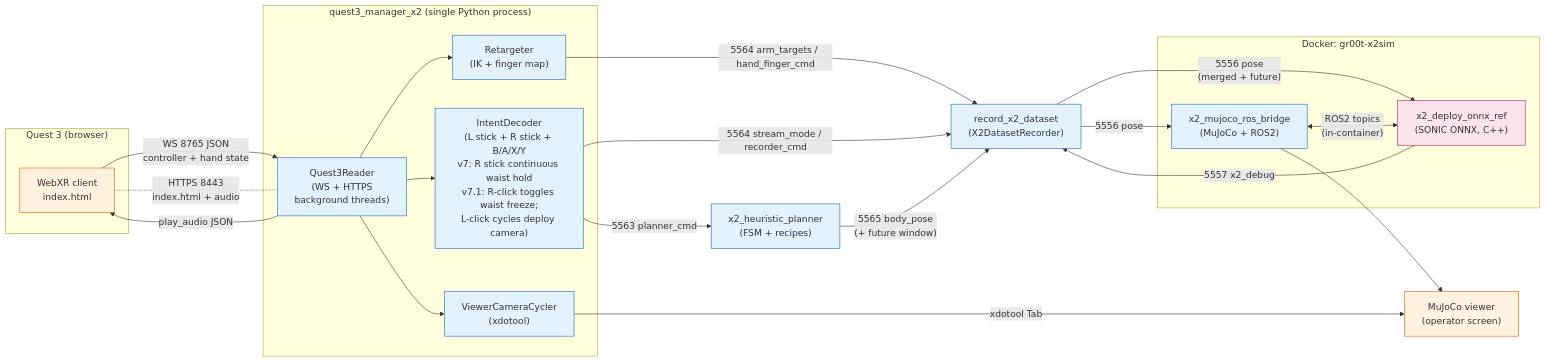
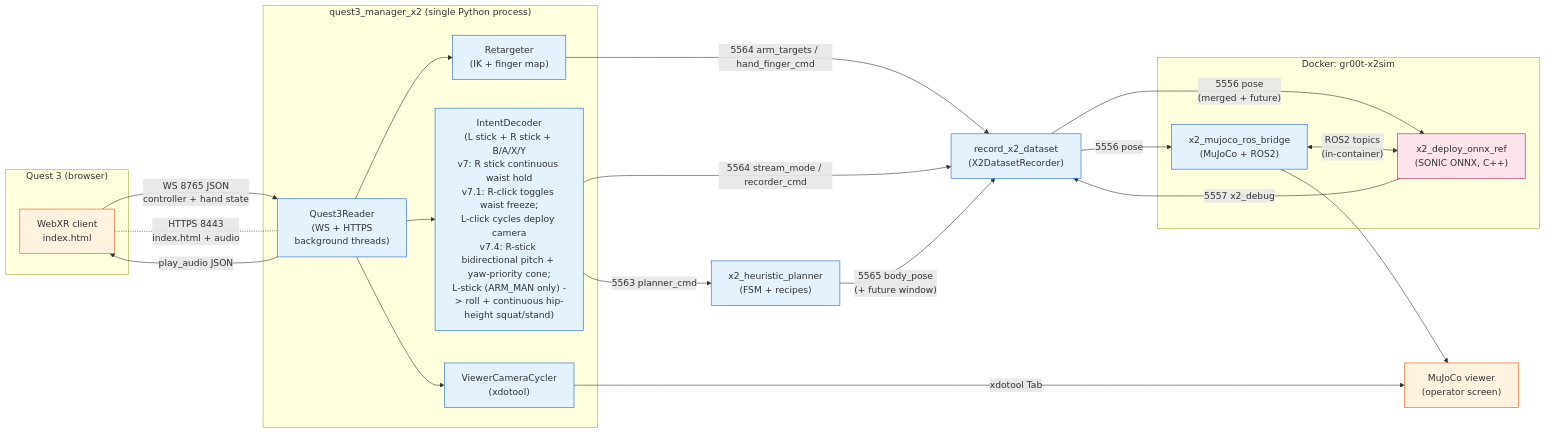
One commit to meetsitaram/GR00T-WholeBodyControl-X2-review changed the first of 4 diagrams in docs/source/references/x2_quest3_planner_stack_architecture.md. Above: the diagram before and after it, drawn with Mermaid. The commit also changed other lines of this file and 13 other files, not shown here.

````diff
--- a/docs/source/references/x2_quest3_planner_stack_architecture.md
+++ b/docs/source/references/x2_quest3_planner_stack_architecture.md
@@ -63,52 +63,52 @@
 ```mermaid
 flowchart LR
     subgraph Headset["Quest 3 (browser)"]
         WX["WebXR client<br/>index.html"]
     end
 
     subgraph Mgr["quest3_manager_x2 (single Python process)"]
         Q3R["Quest3Reader<br/>(WS + HTTPS<br/>background threads)"]
         IK["Retargeter<br/>(IK + finger map)"]
-        ID["IntentDecoder<br/>(L stick + R stick + B/A/X/Y<br/>v7: R stick continuous waist hold<br/>v7.1: R-click toggles waist freeze;<br/>L-click cycles deploy camera)"]
+        ID["IntentDecoder<br/>(L stick + R stick + B/A/X/Y<br/>v7: R stick continuous waist hold<br/>v7.1: R-click toggles waist freeze;<br/>L-click cycles deploy camera<br/>v7.4: R-stick bidirectional pitch + yaw-priority cone;<br/>L-stick (ARM_MAN only) -> roll + continuous hip-height squat/stand)"]
         VCC["ViewerCameraCycler<br/>(xdotool)"]
     end
 
     Pl["x2_heuristic_planner<br/>(FSM + recipes)"]
     Rec["record_x2_dataset<br/>(X2DatasetRecorder)"]
 
     subgraph DeployBox["Docker: gr00t-x2sim"]
         Bridge["x2_mujoco_ros_bridge<br/>(MuJoCo + ROS2)"]
         Cpp["x2_deploy_onnx_ref<br/>(SONIC ONNX, C++)"]
     end
 
     Mu["MuJoCo viewer<br/>(operator screen)"]
 
     WX -- "WS 8765 JSON<br/>controller + hand state" --> Q3R
     WX -. "HTTPS 8443<br/>index.html + audio" .- Q3R
     Q3R -- "play_audio JSON" --> WX
     Q3R --> ID
     Q3R --> IK
     Q3R --> VCC
     VCC -- "xdotool Tab" --> Mu
 
     ID -- "5563 planner_cmd" --> Pl
     IK -- "5564 arm_targets / hand_finger_cmd" --> Rec
     ID -- "5564 stream_mode / recorder_cmd" --> Rec
 
     Pl -- "5565 body_pose<br/>(+ future window)" --> Rec
 
     Rec -- "5556 pose<br/>(merged + future)" --> Cpp
     Rec -- "5556 pose" --> Bridge
     Cpp -- "5557 x2_debug" --> Rec
 
     Bridge <-- "ROS2 topics<br/>(in-container)" --> Cpp
     Bridge --> Mu
 
     classDef ext fill:#fff3e0,stroke:#e65100;
     classDef py  fill:#e3f2fd,stroke:#1565c0;
     classDef cpp fill:#fce4ec,stroke:#ad1457;
     classDef mj  fill:#f1f8e9,stroke:#558b2f;
     class WX,Mu ext;
     class Q3R,IK,ID,VCC,Pl,Rec,Bridge py;
     class Cpp cpp;
 ```
````
